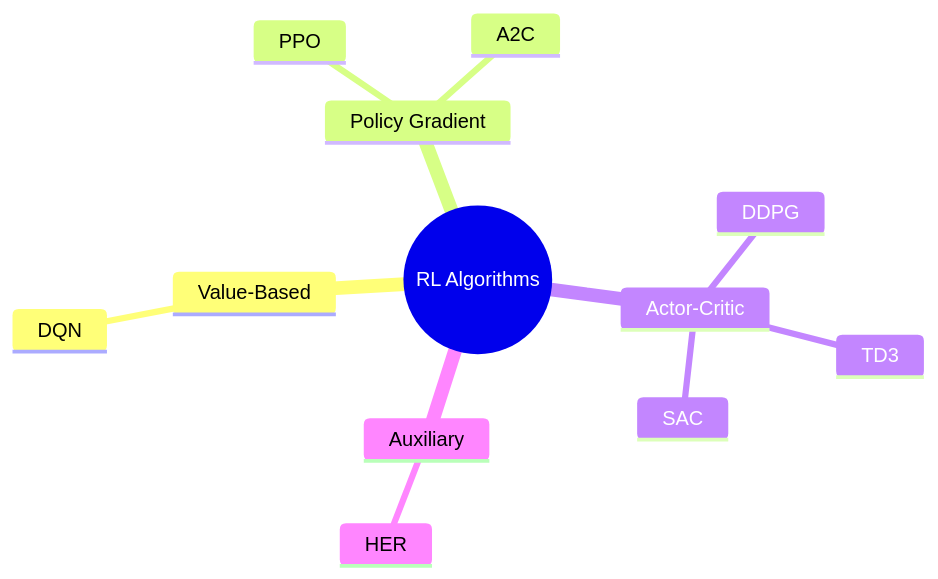
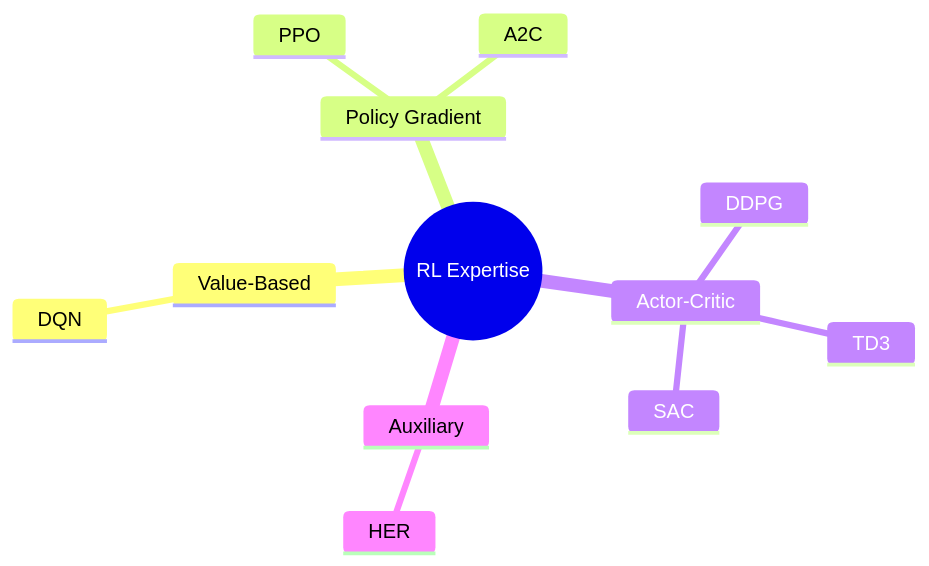
Before and after one commit to Alouakhalid/Alouakhalid: the second of 3 diagrams in README.md, drawn with Mermaid. The commit also changed other lines of this file, not shown here.

````diff
--- a/README.md
+++ b/README.md
@@ -283,15 +241,15 @@
 ```mermaid
 mindmap
-  root((RL Algorithms))
+  root((RL Expertise))
     Value-Based
       DQN
     Policy Gradient
       PPO
       A2C
     Actor-Critic
       DDPG
       TD3
       SAC
     Auxiliary
       HER
 ```
````
